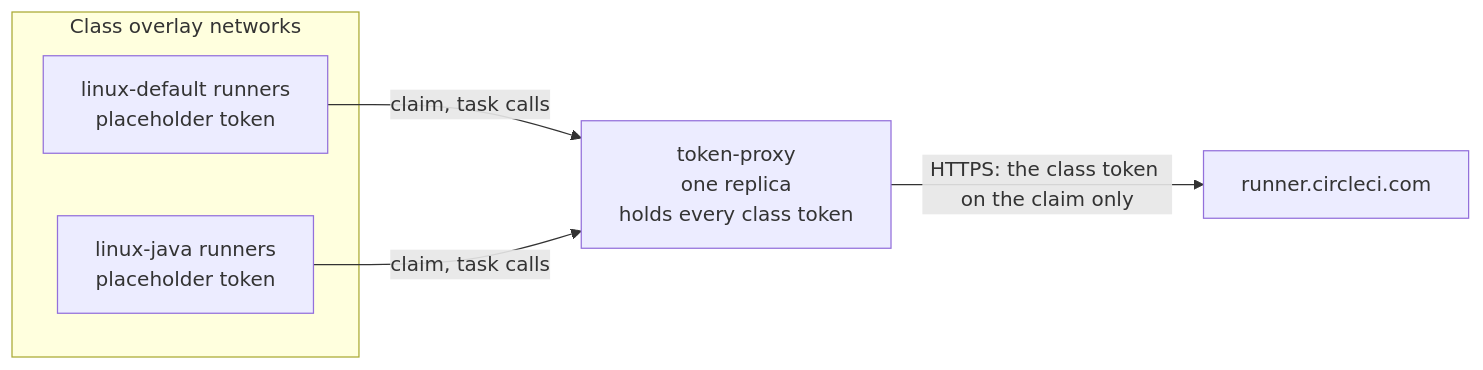
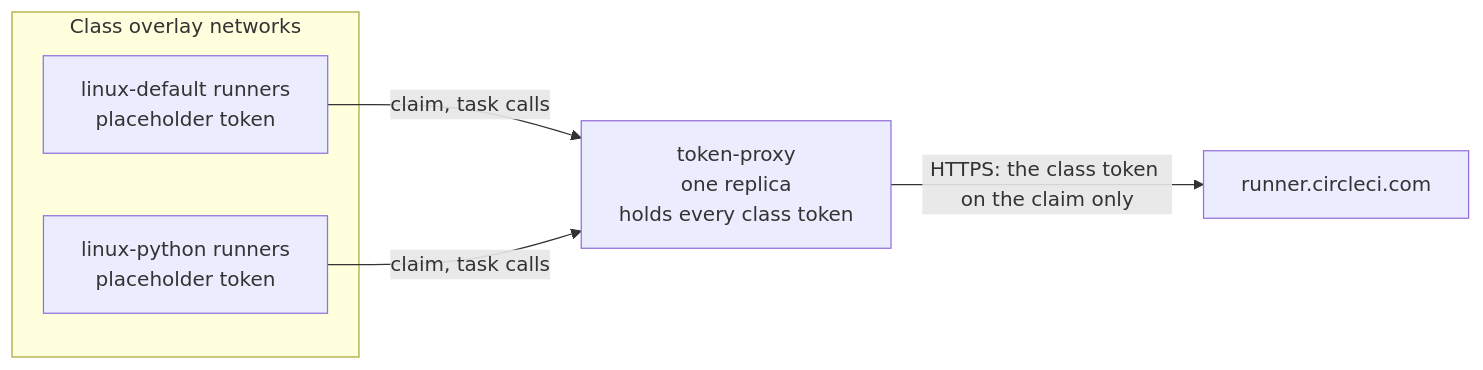
Before and after one commit to CircleCI-Labs/scalable-machine-runner: the second of 3 diagrams in docs/concepts.md, drawn with Mermaid. The commit also changed other lines of this file and 16 other files, not shown here.

First line of the commit message:
refactor(stack)!: ship one Linux class in runners.yaml

````diff
--- a/docs/concepts.md
+++ b/docs/concepts.md
@@ -57,13 +57,13 @@
 ```mermaid
 flowchart LR
   subgraph cls["Class overlay networks"]
     r1["linux-default runners<br/>placeholder token"]
-    r2["linux-java runners<br/>placeholder token"]
+    r2["linux-python runners<br/>placeholder token"]
   end
   p["token-proxy<br/>one replica<br/>holds every class token"]
   api["runner.circleci.com"]
 
   r1 -- "claim, task calls" --> p
   r2 -- "claim, task calls" --> p
   p -- "HTTPS: the class token on the claim only" --> api
 ```
````
